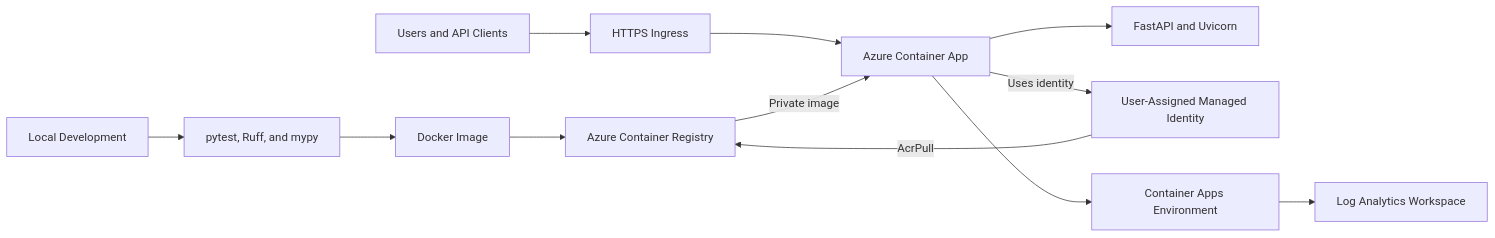
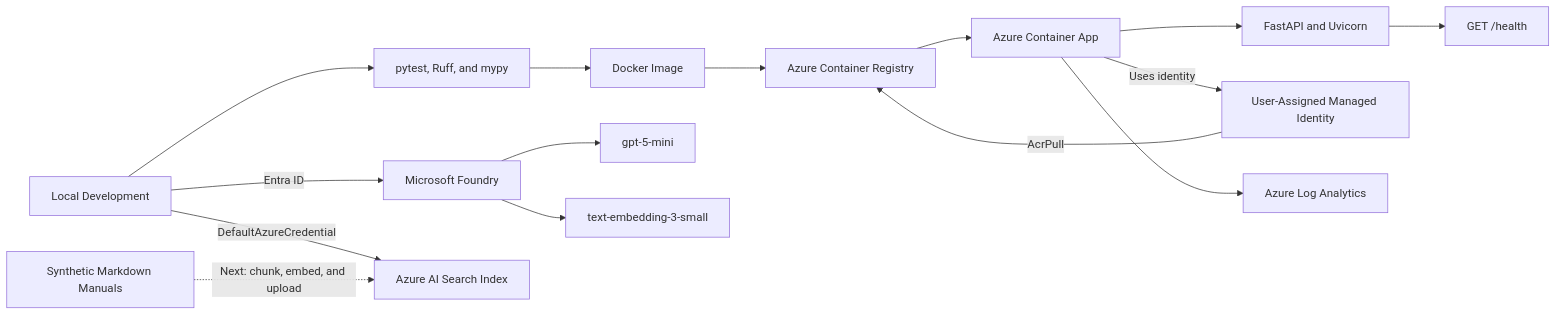
One commit to Razavisr/azure-enterprise-ai-platform changed the first of 2 diagrams in README.md. Above: the diagram before and after it, drawn with Mermaid. The commit also changed other lines of this file, not shown here.

Commit message:
docs: update Azure AI Search progress and project roadmap

````diff
--- a/README.md
+++ b/README.md
@@ -38,17 +133,20 @@
 ```mermaid
 flowchart LR
-    DEV[Local Development] --> TEST[pytest, Ruff, and mypy]
-    TEST --> DOCKER[Docker Image]
-    DOCKER --> ACR[Azure Container Registry]
-
-    USER[Users and API Clients] --> INGRESS[HTTPS Ingress]
-    INGRESS --> APP[Azure Container App]
-    APP --> API[FastAPI and Uvicorn]
+    DEV[Local Development] --> CHECKS[pytest, Ruff, and mypy]
+    CHECKS --> IMAGE[Docker Image]
+    IMAGE --> ACR[Azure Container Registry]
+    ACR --> ACA[Azure Container App]
+    ACA --> API[FastAPI and Uvicorn]
+    API --> HEALTH[GET /health]
 
     ID[User-Assigned Managed Identity] -->|AcrPull| ACR
-    APP -->|Uses identity| ID
-    ACR -->|Private image| APP
+    ACA -->|Uses identity| ID
+    ACA --> LOGS[Azure Log Analytics]
 
-    APP --> ENV[Container Apps Environment]
-    ENV --> LOGS[Log Analytics Workspace]
+    DEV -->|Entra ID| FOUNDRY[Microsoft Foundry]
+    FOUNDRY --> CHAT[gpt-5-mini]
+    FOUNDRY --> EMBED[text-embedding-3-small]
+
+    DEV -->|DefaultAzureCredential| SEARCH[Azure AI Search Index]
+    MANUALS[Synthetic Markdown Manuals] -. Next: chunk, embed, and upload .-> SEARCH
 ```
````
